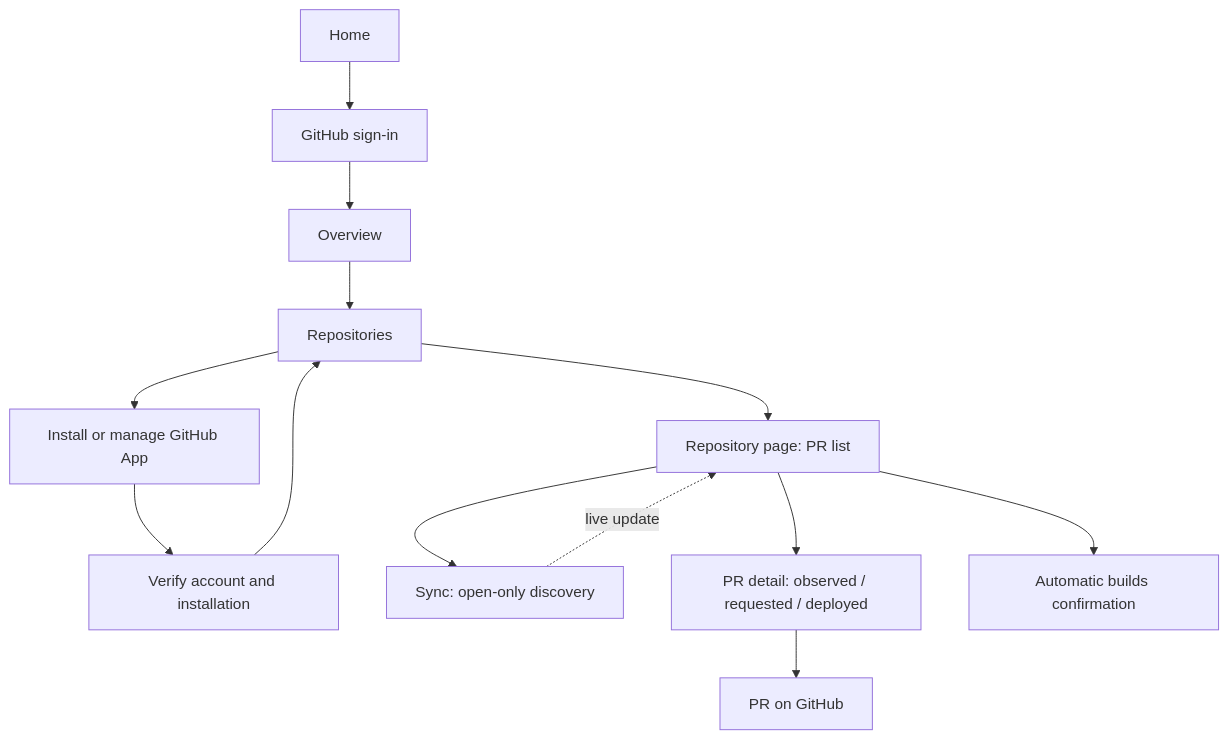
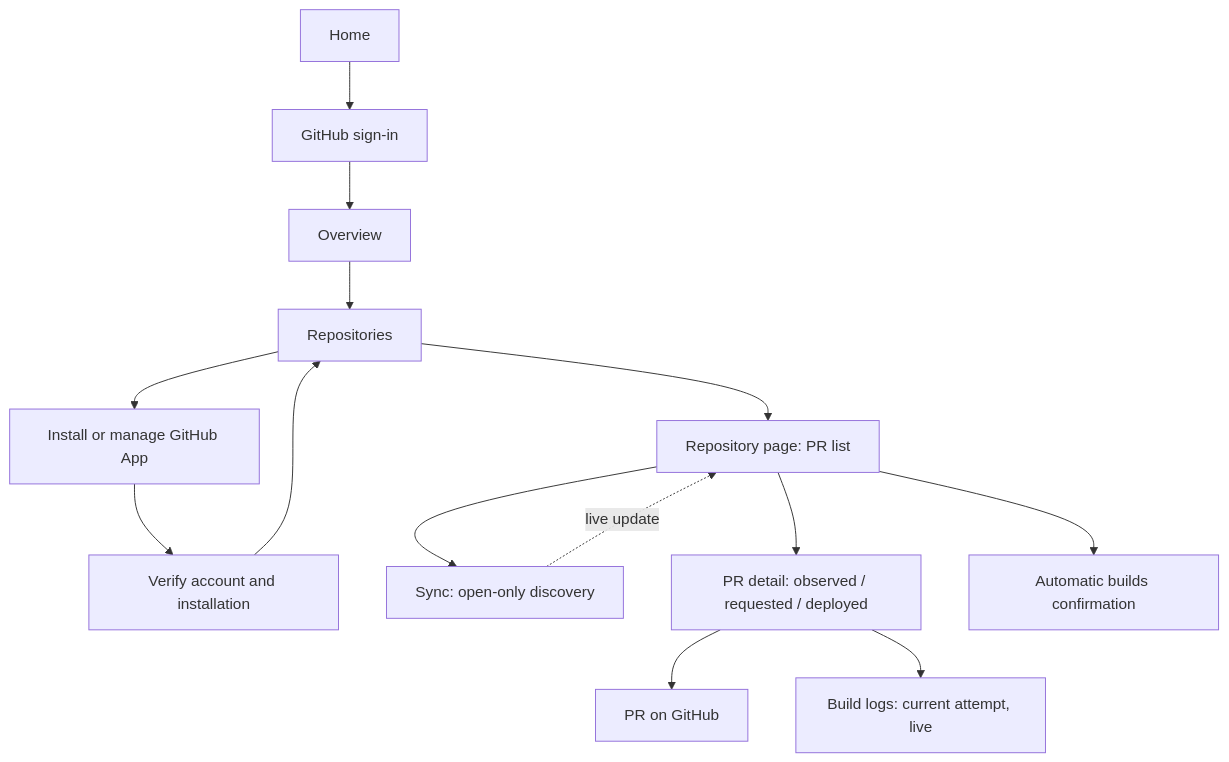
One commit to ajaykathwate/Previa changed the first of 2 diagrams in docs/03-user-guide.md. Above: the diagram before and after it, drawn with Mermaid. The commit also changed other lines of this file and 20 other files, not shown here.

First line of the commit message:
docs: document build logs and isolated image builds

````diff
--- a/docs/03-user-guide.md
+++ b/docs/03-user-guide.md
@@ -141,15 +168,16 @@
 ```mermaid
 flowchart TD
     H[Home] --> L[GitHub sign-in]
     L --> O[Overview]
     O --> R[Repositories]
     R --> I[Install or manage GitHub App]
     I --> V[Verify account and installation]
     V --> R
     R --> D[Repository page: PR list]
     D --> S[Sync: open-only discovery]
     S -.->|live update| D
     D --> P[PR detail: observed / requested / deployed]
     D --> M[Automatic builds confirmation]
     P --> G[PR on GitHub]
+    P --> B[Build logs: current attempt, live]
 ```
````
